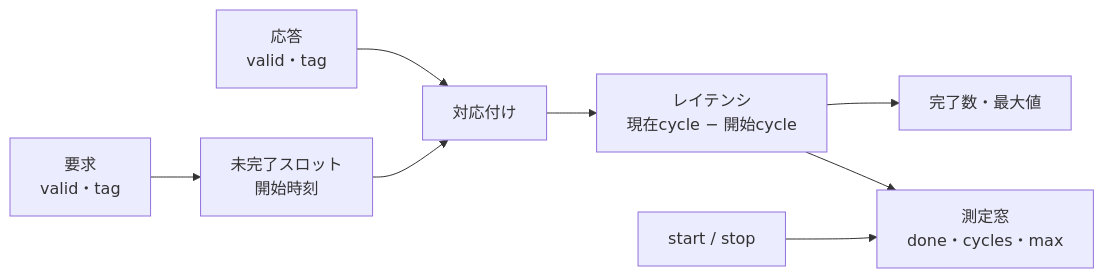
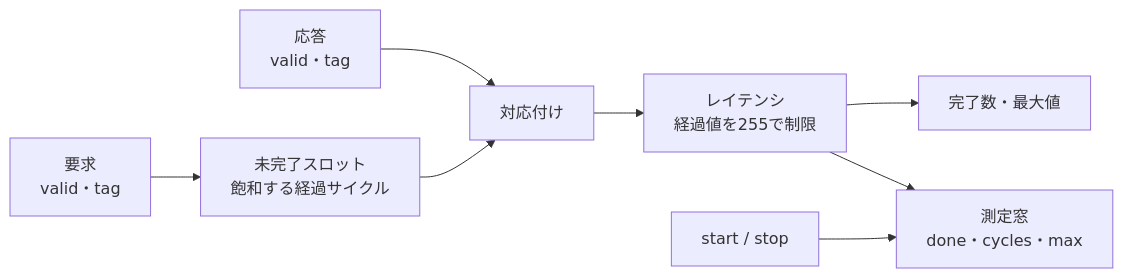
The first of 2 diagrams in examples/local-performance-monitor/README.md (kurochan001/lsi-verification-method), drawn with Mermaid before and after one commit. The commit also changed other lines of this file and 31 other files, not shown here.

Commit message:
fix: review six gap examples and add verification diagrams

````diff
--- a/examples/local-performance-monitor/README.md
+++ b/examples/local-performance-monitor/README.md
@@ -7,12 +7,12 @@
 ```mermaid
 flowchart LR
   accTitle: 性能モニターの測定経路
-  accDescr: 要求のタグと開始時刻を保持し、応答のタグでレイテンシと完了数を更新する。
-  Q["要求<br/>valid・tag"] --> O["未完了スロット<br/>開始時刻"]
+  accDescr: 要求のタグと経過サイクルを保持し、応答のタグでレイテンシと完了数を更新する。
+  Q["要求<br/>valid・tag"] --> O["未完了スロット<br/>飽和する経過サイクル"]
   R["応答<br/>valid・tag"] --> C["対応付け"]
   O --> C
-  C --> L["レイテンシ<br/>現在cycle − 開始cycle"]
+  C --> L["レイテンシ<br/>経過値を255で制限"]
   L --> M["完了数・最大値"]
   L --> W["測定窓<br/>done・cycles・max"]
   S["start / stop"] --> W
 ```
````
